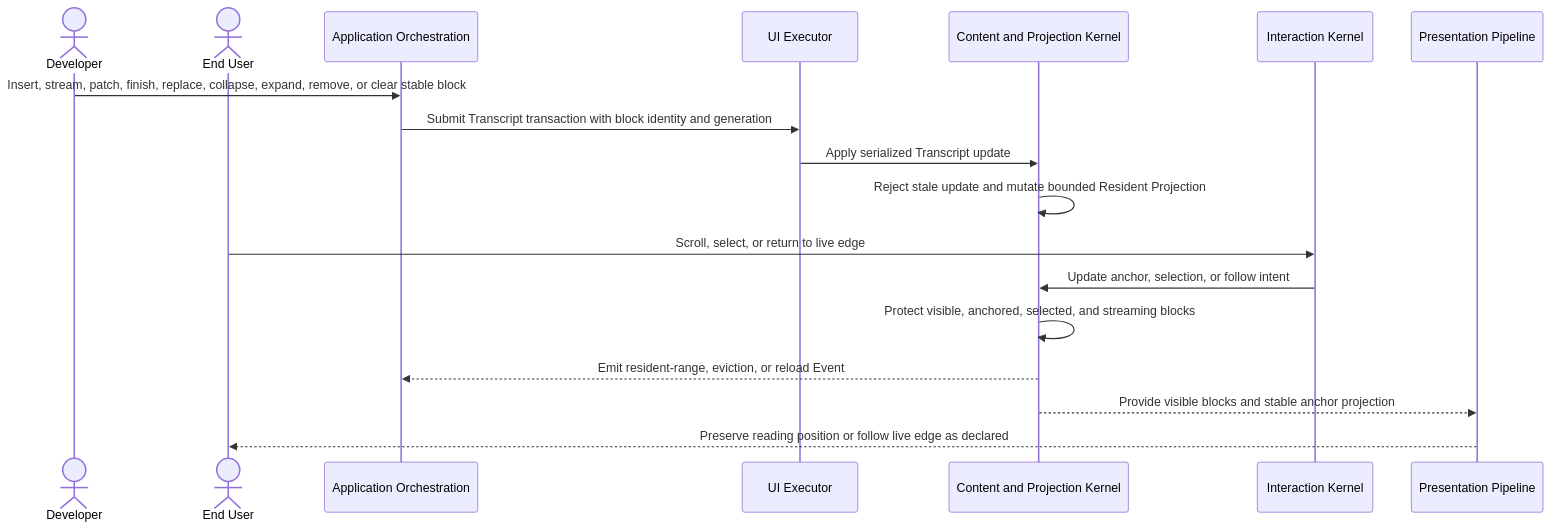
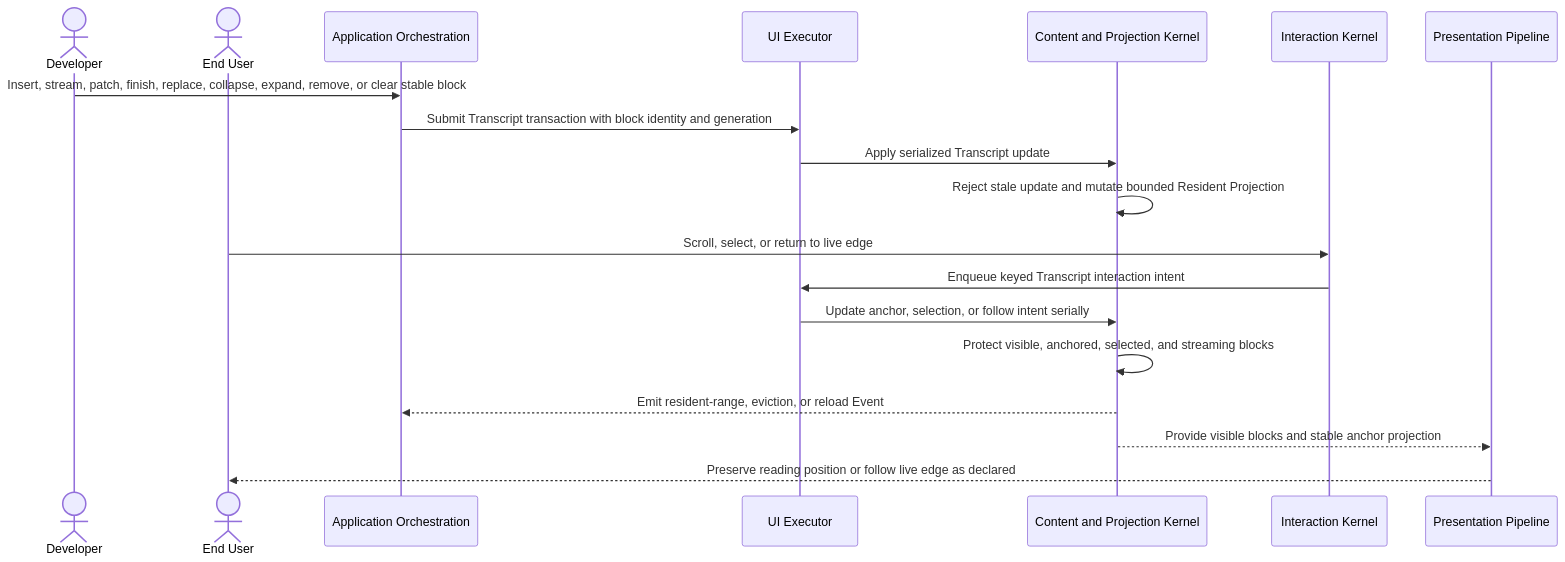
Before and after one commit to Tuvren/tuvren-tui: the diagram in .constitution/architecture/flows/transcript-streaming.md, drawn with Mermaid. The commit also changed other lines of this file and 6 other files, not shown here.

````diff
--- a/.constitution/architecture/flows/transcript-streaming.md
+++ b/.constitution/architecture/flows/transcript-streaming.md
@@ -9,21 +9,22 @@
 ```mermaid
 sequenceDiagram
     actor Dev as Developer
     actor EU as End User
     participant Orch as Application Orchestration
     participant Exec as UI Executor
     participant Content as Content and Projection Kernel
     participant Interact as Interaction Kernel
     participant Present as Presentation Pipeline
 
     Dev->>Orch: Insert, stream, patch, finish, replace, collapse, expand, remove, or clear stable block
     Orch->>Exec: Submit Transcript transaction with block identity and generation
     Exec->>Content: Apply serialized Transcript update
     Content->>Content: Reject stale update and mutate bounded Resident Projection
     EU->>Interact: Scroll, select, or return to live edge
-    Interact->>Content: Update anchor, selection, or follow intent
+    Interact->>Exec: Enqueue keyed Transcript interaction intent
+    Exec->>Content: Update anchor, selection, or follow intent serially
     Content->>Content: Protect visible, anchored, selected, and streaming blocks
     Content-->>Orch: Emit resident-range, eviction, or reload Event
     Content-->>Present: Provide visible blocks and stable anchor projection
     Present-->>EU: Preserve reading position or follow live edge as declared
 ```
````
